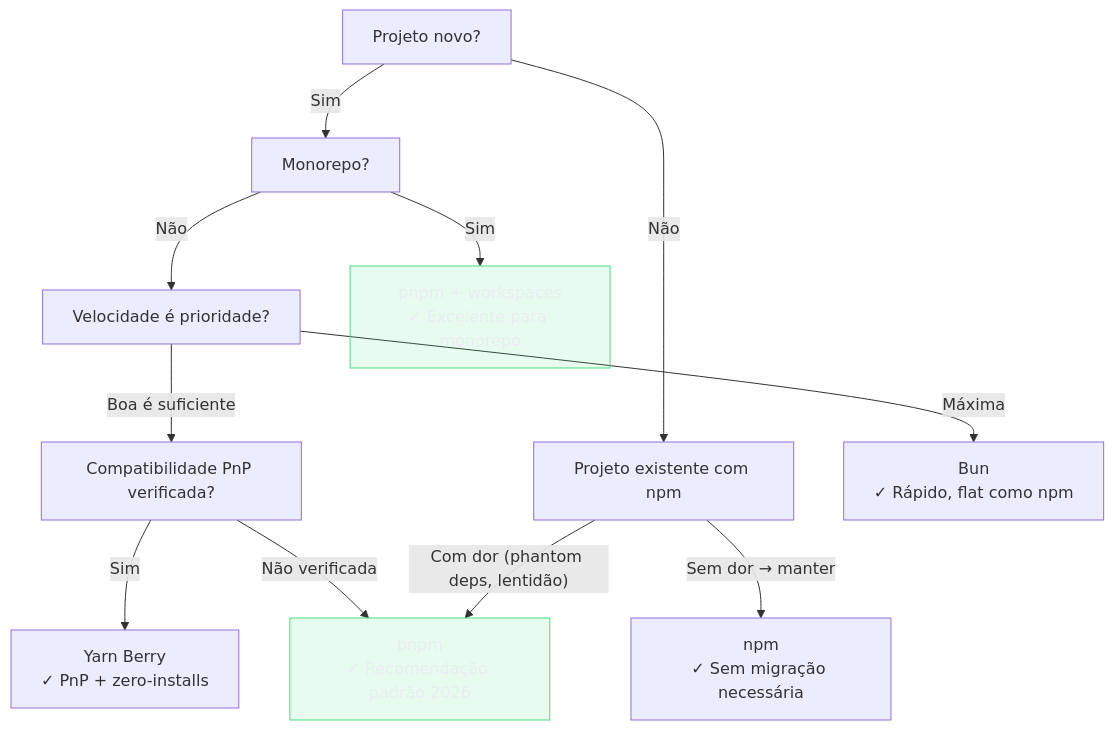
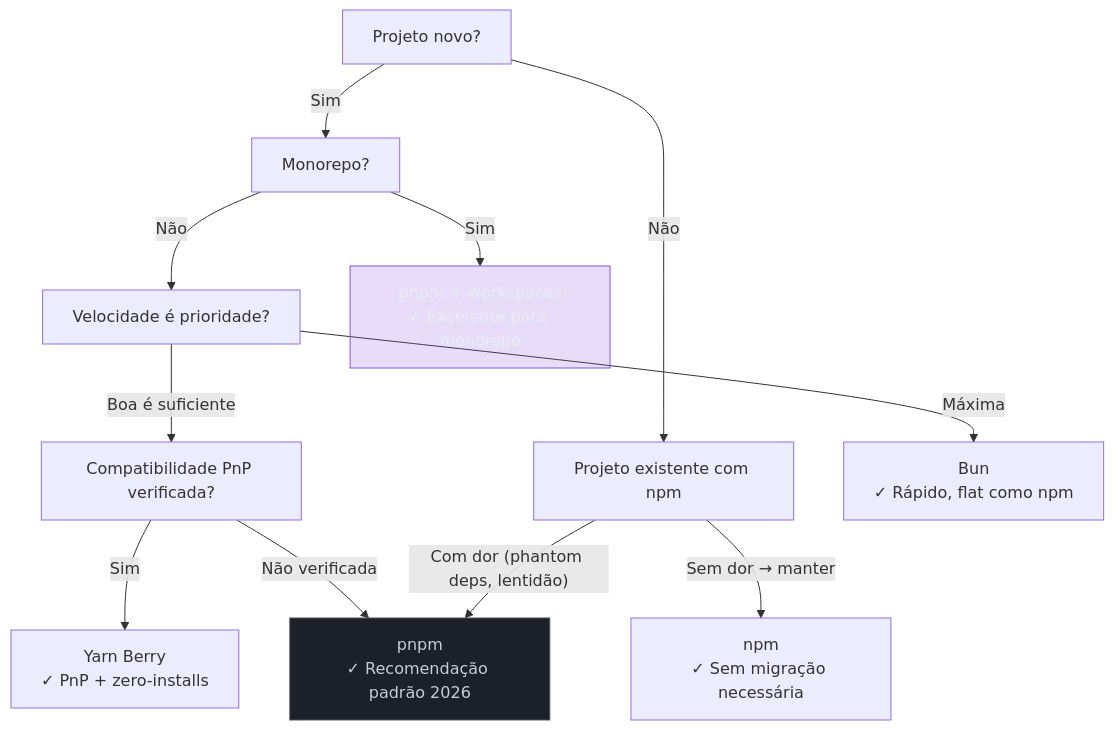
The fifth of 5 diagrams in 03-Dominios/Tecnologia/Tooling e Build/03 - Package managers - npm, pnpm, yarn e Bun.md (josenaldo/codex-technomanticus), drawn with Mermaid before and after one commit. The commit also changed 601 other files, not shown here.

````diff
--- a/03-Dominios/Tecnologia/Tooling e Build/03 - Package managers - npm, pnpm, yarn e Bun.md
+++ b/03-Dominios/Tecnologia/Tooling e Build/03 - Package managers - npm, pnpm, yarn e Bun.md
@@ -784,28 +784,29 @@
 ```mermaid
 flowchart TD
-    classDef ok fill:#4ADE8021,stroke:#4ADE80,color:#E9ECF2
+    classDef marca fill:#8855DF33,stroke:#8855DF,color:#E9ECF2
+    classDef neutro fill:#1B2029,stroke:#4E5666,color:#C6CCD8
     A["Projeto novo?"]
     B["Monorepo?"]
     C["Velocidade é prioridade?"]
     D["Compatibilidade PnP verificada?"]
     E["Projeto existente com npm"]
     F["pnpm\n✓ Recomendação padrão 2026"]
     G["pnpm + workspaces\n✓ Excelente para monorepo"]
     H["Bun\n✓ Rápido, flat como npm"]
     I["Yarn Berry\n✓ PnP + zero-installs"]
     J["npm\n✓ Sem migração necessária"]
 
     A -->|"Sim"| B
     A -->|"Não"| E
     B -->|"Sim"| G
     B -->|"Não"| C
     C -->|"Máxima"| H
     C -->|"Boa é suficiente"| D
     D -->|"Sim"| I
     D -->|"Não verificada"| F
     E -->|"Sem dor → manter"| J
     E -->|"Com dor (phantom deps, lentidão)"| F
 
-    class F ok
-    class G ok
+    class F neutro
+    class G marca
 ```
````
